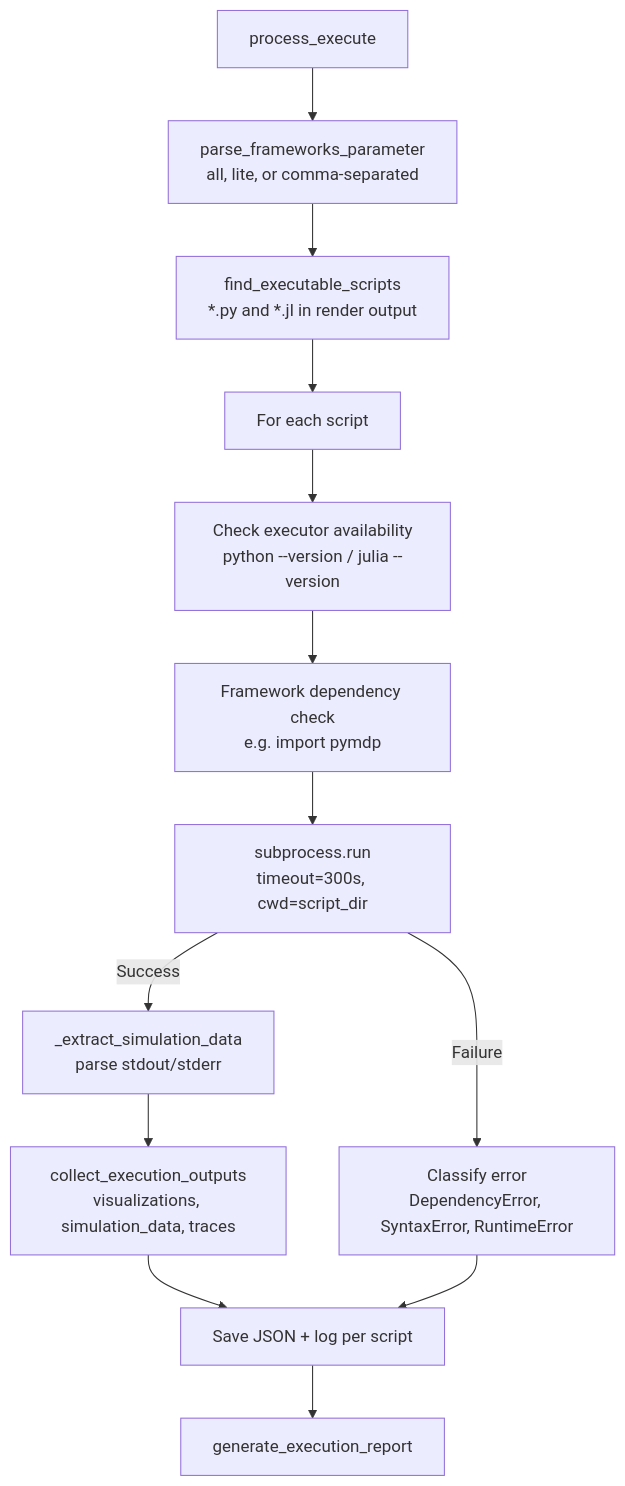
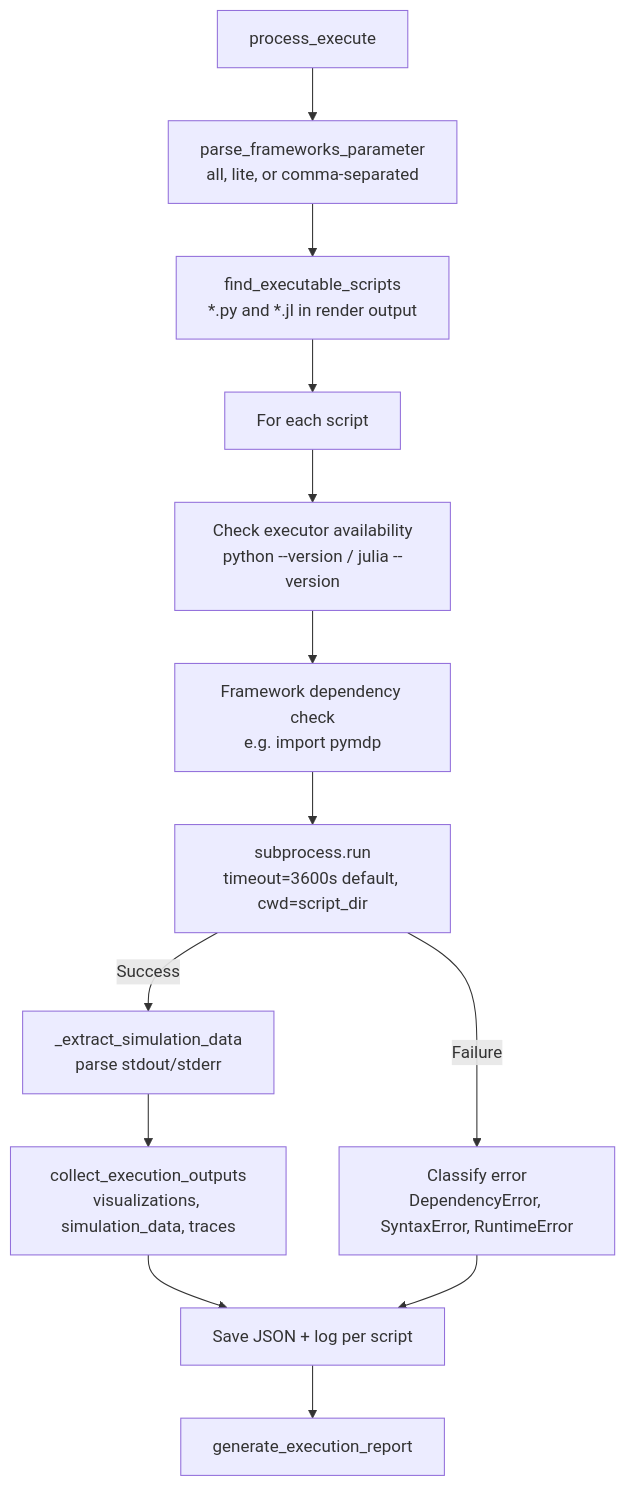
One commit to ActiveInferenceInstitute/GeneralizedNotationNotation changed the second of 8 diagrams in doc/gnn/integration/gnn_implementation.md. Above: the diagram before and after it, drawn with Mermaid. The commit also changed other lines of this file and 278 other files, not shown here.

````diff
--- a/doc/gnn/integration/gnn_implementation.md
+++ b/doc/gnn/integration/gnn_implementation.md
@@ -153,15 +153,15 @@
 ```mermaid
 flowchart TD
     START[process_execute] --> PARSE[parse_frameworks_parameter<br>all, lite, or comma-separated]
     PARSE --> FIND[find_executable_scripts<br>*.py and *.jl in render output]
     FIND --> LOOP[For each script]
     LOOP --> CHECK[Check executor availability<br>python --version / julia --version]
     CHECK --> DEP[Framework dependency check<br>e.g. import pymdp]
-    DEP --> RUN[subprocess.run<br>timeout=300s, cwd=script_dir]
+    DEP --> RUN[subprocess.run<br>timeout=3600s default, cwd=script_dir]
     RUN -->|Success| EXTRACT[_extract_simulation_data<br>parse stdout/stderr]
     RUN -->|Failure| CLASSIFY[Classify error<br>DependencyError, SyntaxError, RuntimeError]
     EXTRACT --> COLLECT[collect_execution_outputs<br>visualizations, simulation_data, traces]
     COLLECT --> SAVE[Save JSON + log per script]
     CLASSIFY --> SAVE
     SAVE --> REPORT[generate_execution_report]
 ```
````
